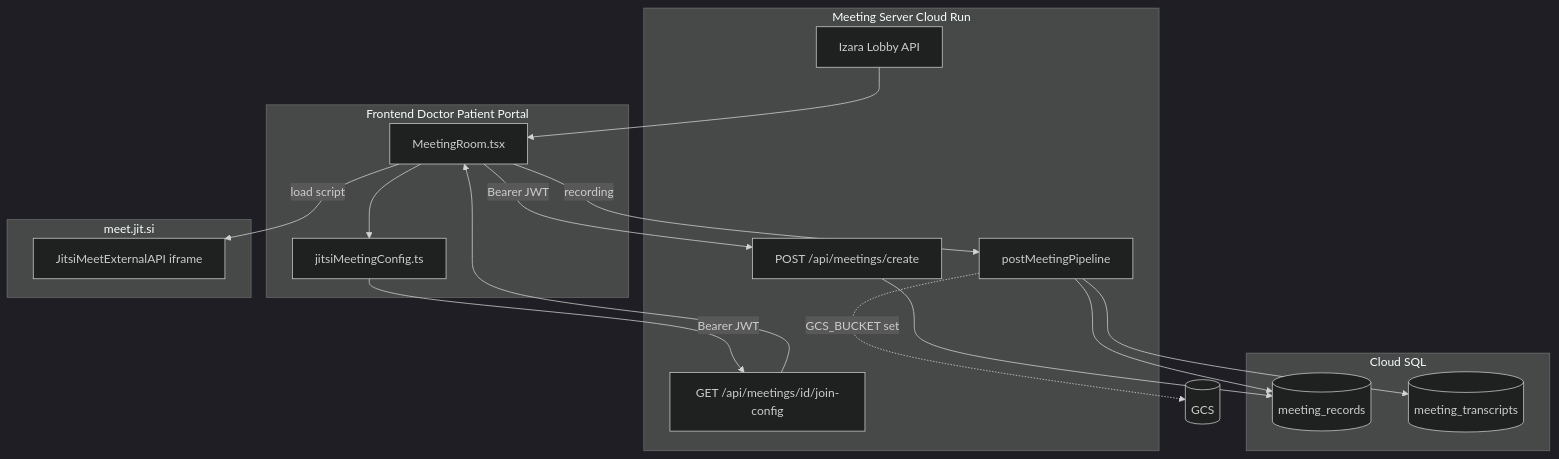
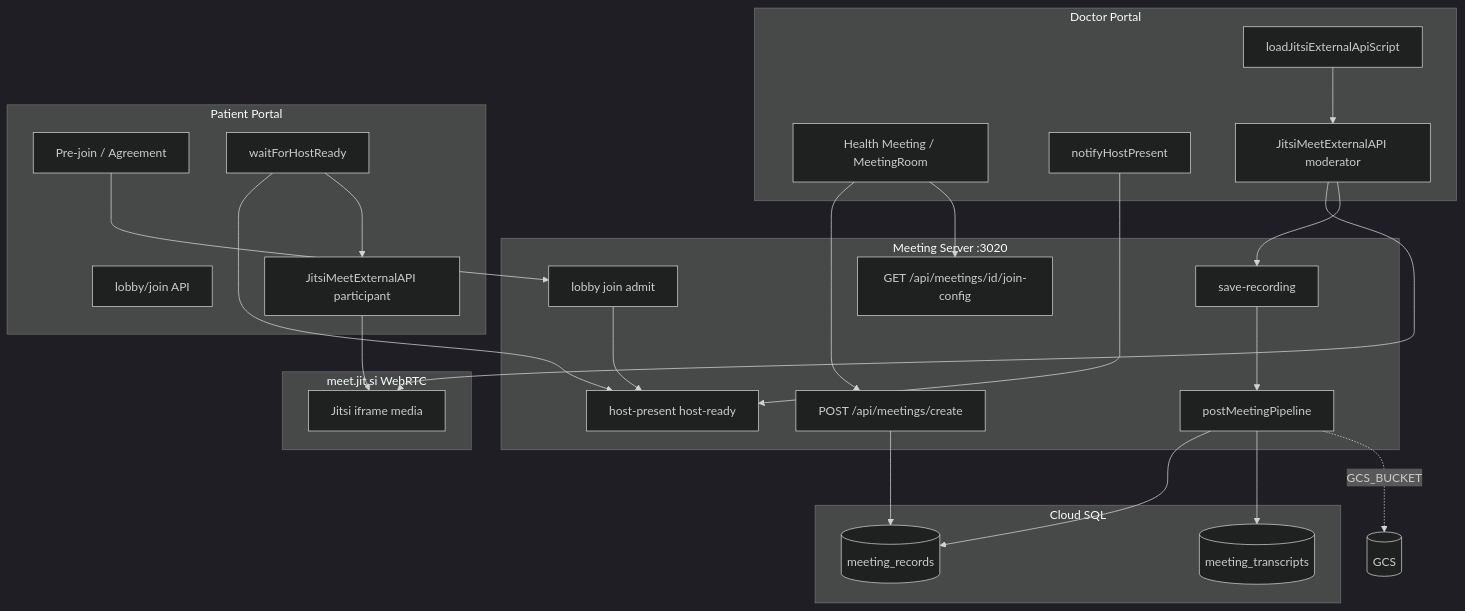
One commit to chiraleo2000/Isara-Anywhere changed the diagram in Documents/Technical_Documents/04_Jitsi_Integration_and_Code_Examples.md. Above: the diagram before and after it, drawn with Mermaid (dark theme). The commit also changed other lines of this file and 122 other files, not shown here.

````diff
--- a/Documents/Technical_Documents/04_Jitsi_Integration_and_Code_Examples.md
+++ b/Documents/Technical_Documents/04_Jitsi_Integration_and_Code_Examples.md
@@ -272,35 +549,51 @@
 ```mermaid
 flowchart TB
-    subgraph UI [Frontend Doctor Patient Portal]
-        MR[MeetingRoom.tsx]
-        JMC[jitsiMeetingConfig.ts]
+    subgraph DoctorUI [Doctor Portal]
+        D1[Health Meeting / MeetingRoom]
+        D2[notifyHostPresent]
+        D3[loadJitsiExternalApiScript]
+        D4[JitsiMeetExternalAPI moderator]
     end
 
-    subgraph MS [Meeting Server Cloud Run]
-        CREATE[POST /api/meetings/create]
-        JOIN[GET /api/meetings/id/join-config]
-        LOBBY[Izara Lobby API]
-        PIPE[postMeetingPipeline]
+    subgraph PatientUI [Patient Portal]
+        P1[Pre-join / Agreement]
+        P2[lobby/join API]
+        P3[waitForHostReady]
+        P4[JitsiMeetExternalAPI participant]
+    end
+
+    subgraph MS [Meeting Server :3020]
+        C[POST /api/meetings/create]
+        J[GET /api/meetings/id/join-config]
+        L[lobby join admit]
+        H[host-present host-ready]
+        R[save-recording]
+        P[postMeetingPipeline]
     end
 
     subgraph DB [Cloud SQL]
-        MR_TBL[(meeting_records)]
-        MT_TBL[(meeting_transcripts)]
+        MR[(meeting_records)]
+        MT[(meeting_transcripts)]
     end
 
-    subgraph JITSI [meet.jit.si]
-        IFRAME[JitsiMeetExternalAPI iframe]
+    subgraph JITSI [meet.jit.si WebRTC]
+        IFRAME[Jitsi iframe media]
     end
 
-    MR --> JMC
-    JMC -->|Bearer JWT| JOIN
-    MR -->|Bearer JWT| CREATE
-    CREATE --> MR_TBL
-    JOIN --> MR
-    MR -->|load script| IFRAME
-    LOBBY --> MR
-    MR -->|recording| PIPE
-    PIPE --> MR_TBL
-    PIPE --> MT_TBL
-    PIPE -.->|GCS_BUCKET set| GCS[(GCS)]
+    D1 --> C
+    C --> MR
+    D1 --> J
+    P1 --> L
+    L --> H
+    D2 --> H
+    P3 --> H
+    D3 --> D4
+    P3 --> P4
+    D4 --> IFRAME
+    P4 --> IFRAME
+    D4 --> R
+    R --> P
+    P --> MR
+    P --> MT
+    P -.->|GCS_BUCKET| GCS[(GCS)]
 ```
````
